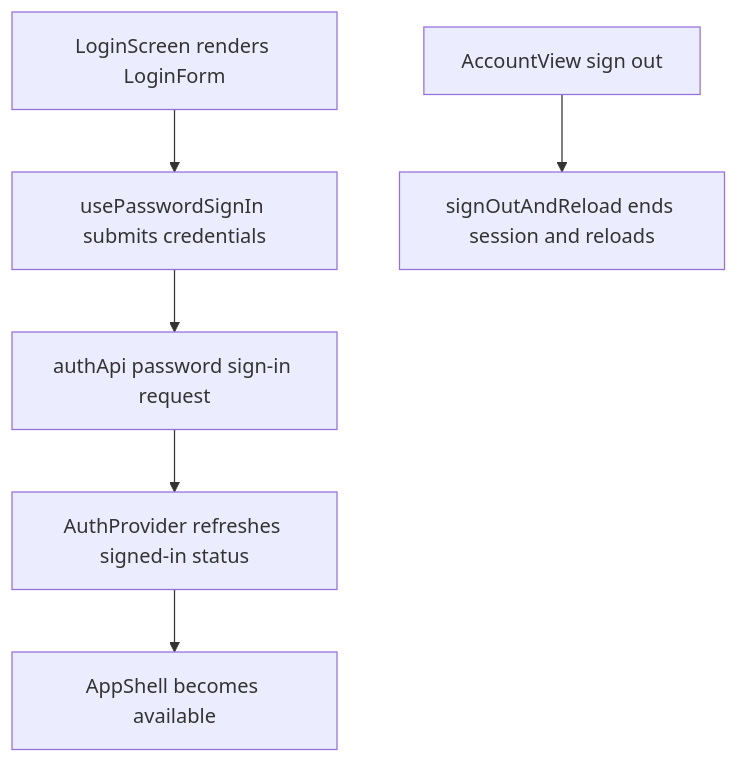
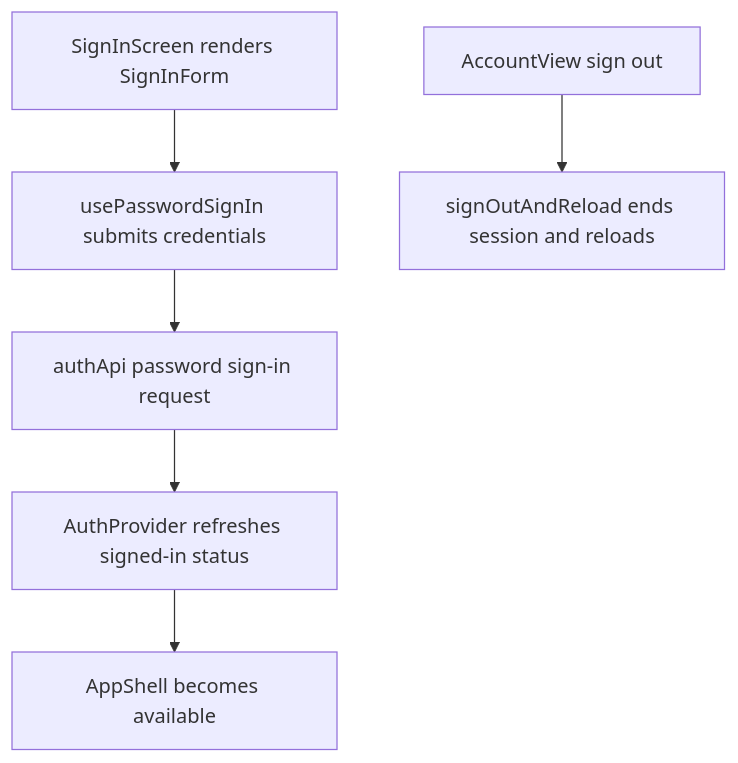
One commit to Kevinjohn/capacitylens changed the second of 2 diagrams in user-stories/navigation/US-NAV-10-login-screen.md. Above: the diagram before and after it, drawn with Mermaid. The commit also changed other lines of this file and 21 other files, not shown here.

First line of the commit message:
Sign in: rename login screen, form, field and status kind

````diff
--- a/user-stories/navigation/US-NAV-10-login-screen.md
+++ b/user-stories/navigation/US-NAV-10-login-screen.md
@@ -37,8 +37,8 @@
 ```mermaid
 flowchart TD
-  screen["LoginScreen renders LoginForm"] --> hook["usePasswordSignIn submits credentials"]
+  screen["SignInScreen renders SignInForm"] --> hook["usePasswordSignIn submits credentials"]
   hook --> auth["authApi password sign-in request"]
   auth --> session["AuthProvider refreshes signed-in status"]
   session --> app["AppShell becomes available"]
   account["AccountView sign out"] --> signedOut["signOutAndReload ends session and reloads"]
 ```
````
